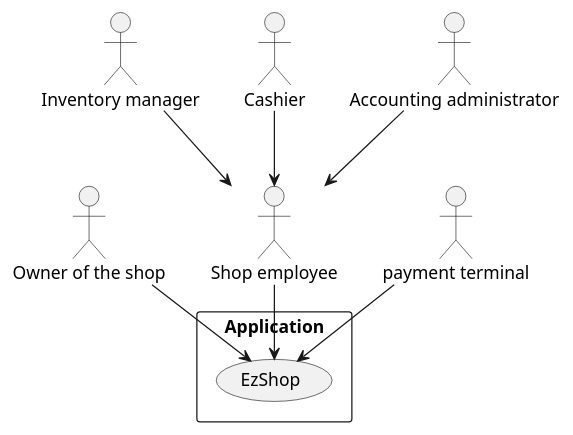
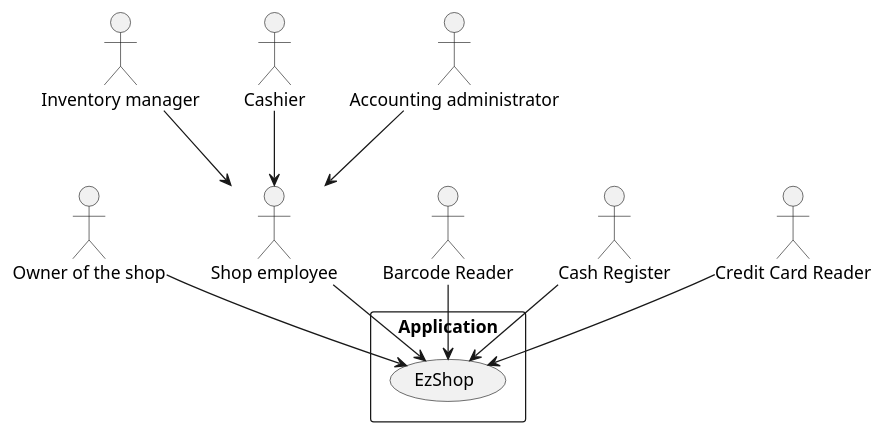
The first of 3 diagrams in Deliverables/RequirementsDocument.md (b3xul/ezshop), drawn with PlantUML before and after one commit. The commit also changed other lines of this file and 1 other file, not shown here.

````diff
--- a/Deliverables/RequirementsDocument.md
+++ b/Deliverables/RequirementsDocument.md
@@ -72,17 +73,19 @@
 ```plantuml
  @startuml
 rectangle Application {
     (EzShop)
 }
 
 :Owner of the shop: --> (EzShop)
 
 :Shop employee: --> (EzShop)
 :Inventory manager: --> :Shop employee:
 :Cashier: --> :Shop employee:
 :Accounting administrator: --> :Shop employee:
 
-:payment terminal:-->(EzShop)
+:Barcode Reader:-->(EzShop)
+:Cash Register:-->(EzShop)
+:Credit Card Reader:-->(EzShop)
 
 @enduml
 ```
````
